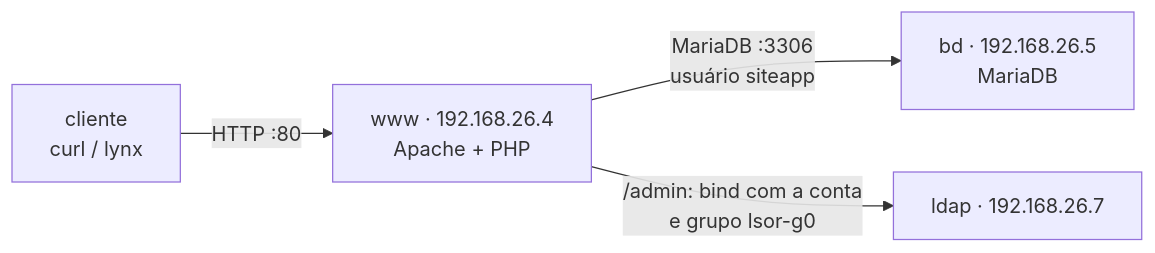
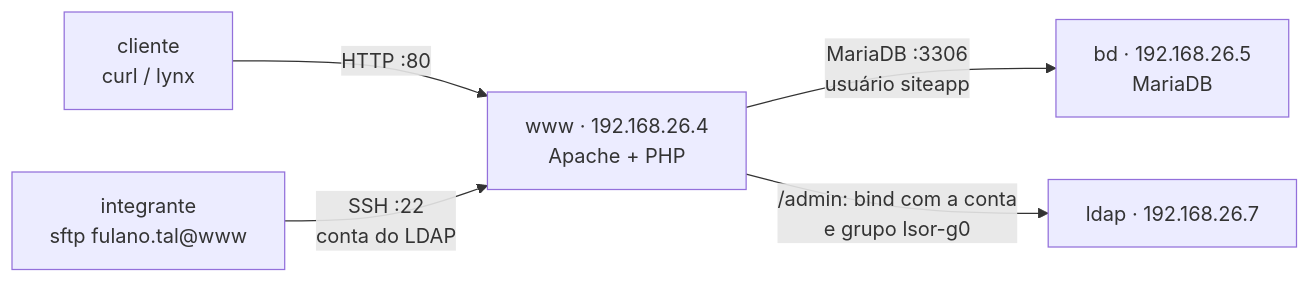
Before and after one commit to alaelson/labredes-2026.2: the diagram in Aula11.md, drawn with Mermaid. The commit also changed other lines of this file and 4 other files, not shown here.

First line of the commit message:
Aula 10 com LDAP, SSSD e Samba; Aula 11 só LAMP com SFTP

````diff
--- a/Aula11.md
+++ b/Aula11.md
@@ -160,6 +41,7 @@
 ```mermaid
 flowchart LR
     C["cliente<br/>curl / lynx"] -->|"HTTP :80"| W["www · 192.168.26.4<br/>Apache + PHP"]
     W -->|"MariaDB :3306<br/>usuário siteapp"| B["bd · 192.168.26.5<br/>MariaDB"]
     W -->|"/admin: bind com a conta<br/>e grupo lsor-g0"| L["ldap · 192.168.26.7"]
+    D["integrante<br/>sftp fulano.tal@www"] -->|"SSH :22<br/>conta do LDAP"| W
 ```
````
